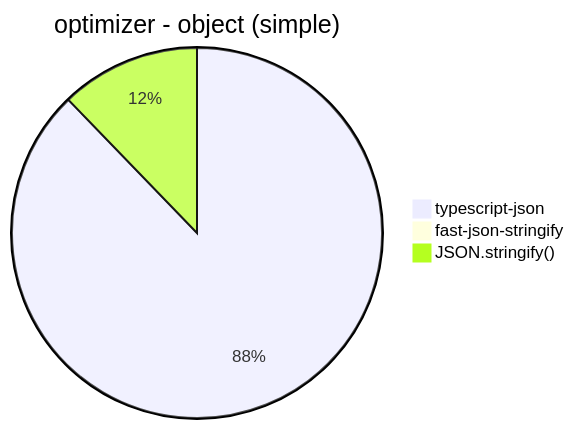
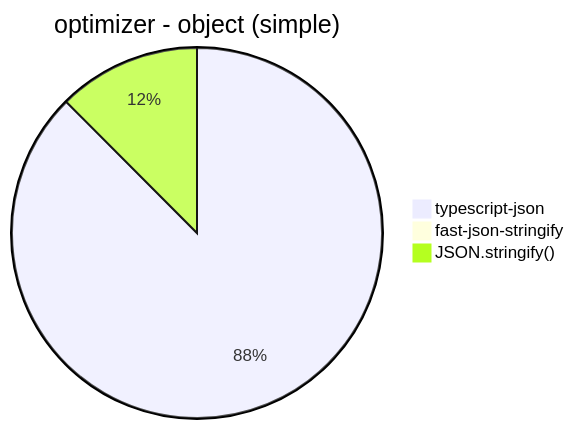
One commit to samchon/typia changed diagram 15 of 30 in benchmark/results/AMD Ryzen 7 5800H with Radeon Graphics         .md. Above: the diagram before and after it, drawn with Mermaid. The commit also changed other lines of this file, not shown here.

````diff
--- a/benchmark/results/AMD Ryzen 7 5800H with Radeon Graphics         .md
+++ b/benchmark/results/AMD Ryzen 7 5800H with Radeon Graphics         .md
@@ -157,6 +157,6 @@
 ```mermaid
 pie title optimizer - object (simple)
-  "typescript-json": 39510.79795021962
-  "fast-json-stringify": 4.697286012526096
-  "JSON.stringify()": 5501.402655694782
+  "typescript-json": 38856.02189781021
+  "fast-json-stringify": 4.772004241781548
+  "JSON.stringify()": 5537.521158548053
 ```
````
